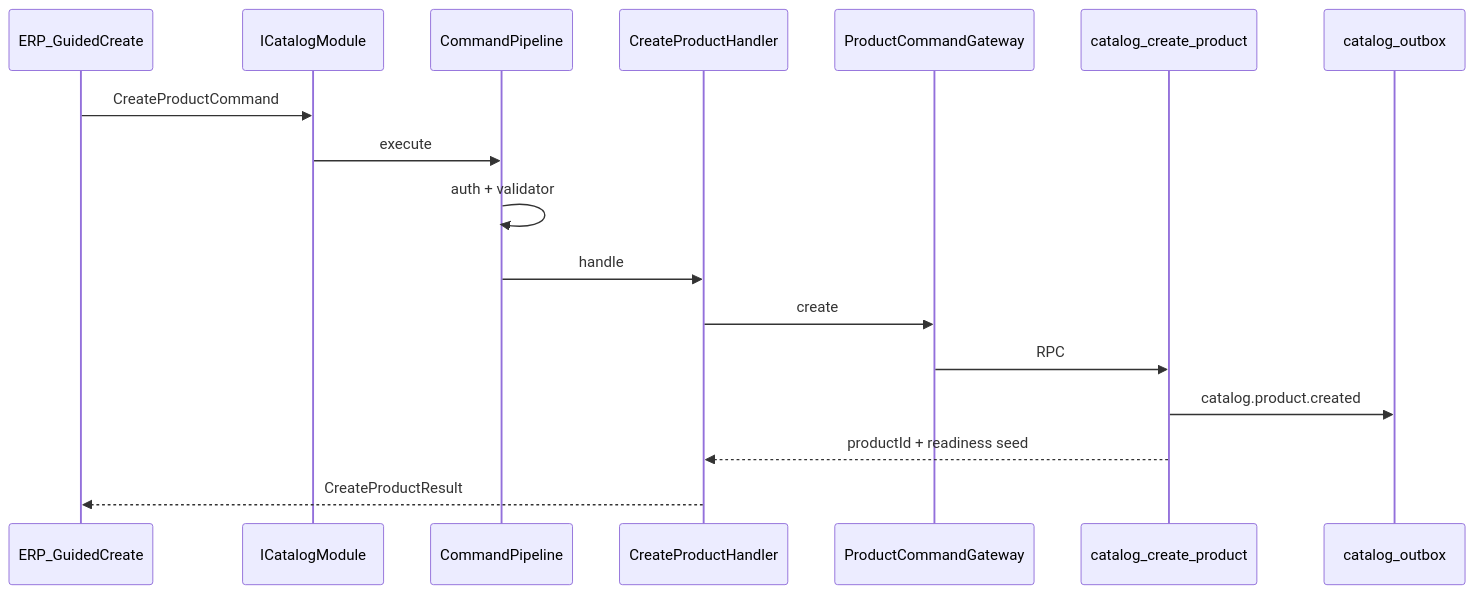
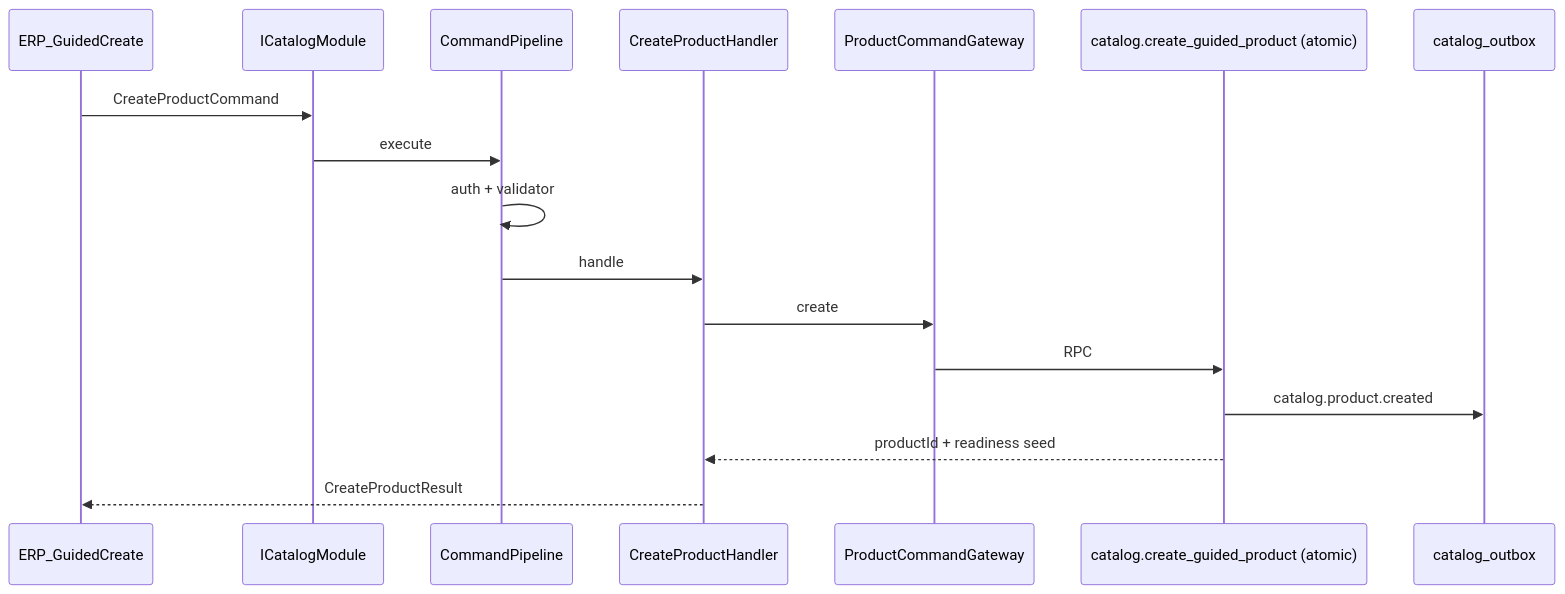
Before and after one commit to DsChien102/erp-sales-inventory: the first of 3 diagrams in docs/themes/TH-02-product-pricing/harness/03-architecture-and-flows.md, drawn with Mermaid. The commit also changed other lines of this file and 26 other files, not shown here.

First line of the commit message:
feat: implement atomic guided product creation functionality

````diff
--- a/docs/themes/TH-02-product-pricing/harness/03-architecture-and-flows.md
+++ b/docs/themes/TH-02-product-pricing/harness/03-architecture-and-flows.md
@@ -13,20 +13,20 @@
 ```mermaid
 sequenceDiagram
   participant UI as ERP_GuidedCreate
   participant Med as ICatalogModule
   participant Pipe as CommandPipeline
   participant H as CreateProductHandler
   participant GW as ProductCommandGateway
-  participant RPC as catalog_create_product
+  participant RPC as catalog.create_guided_product (atomic)
   participant OB as catalog_outbox
 
   UI->>Med: CreateProductCommand
   Med->>Pipe: execute
   Pipe->>Pipe: auth + validator
   Pipe->>H: handle
   H->>GW: create
   GW->>RPC: RPC
   RPC->>OB: catalog.product.created
   RPC-->>H: productId + readiness seed
   H-->>UI: CreateProductResult
 ```
````
